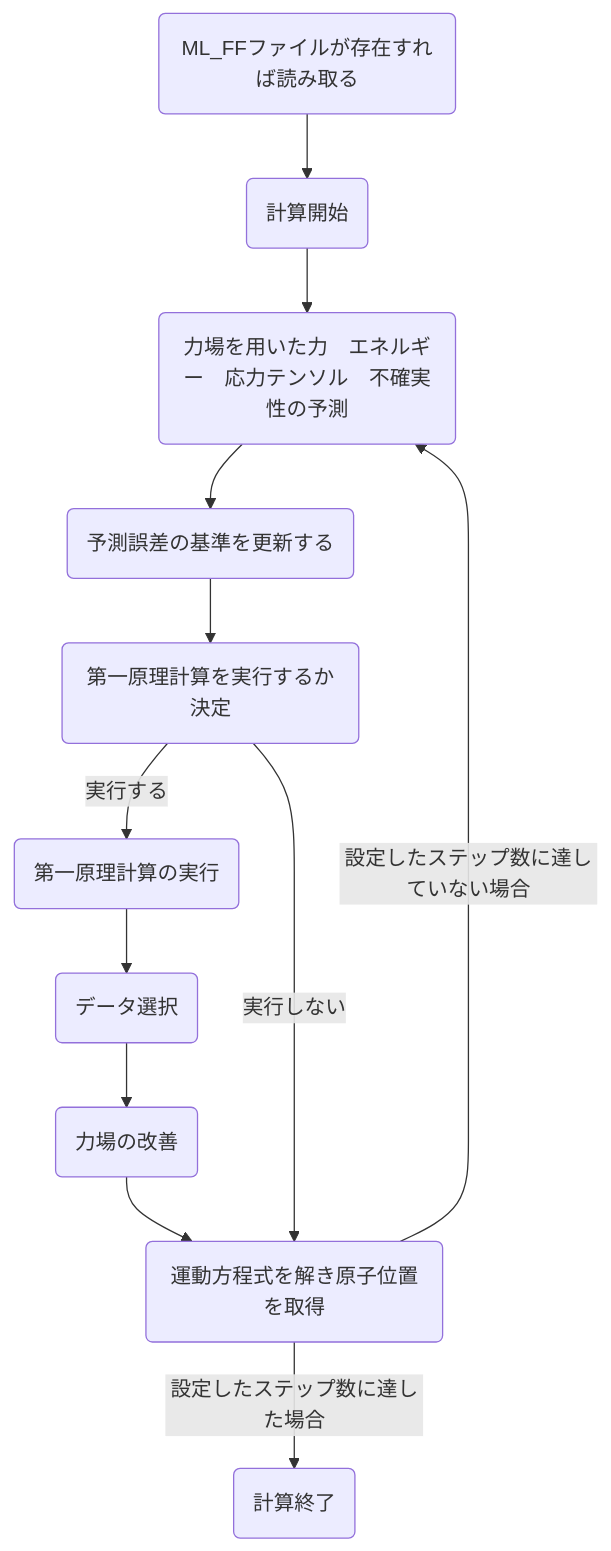
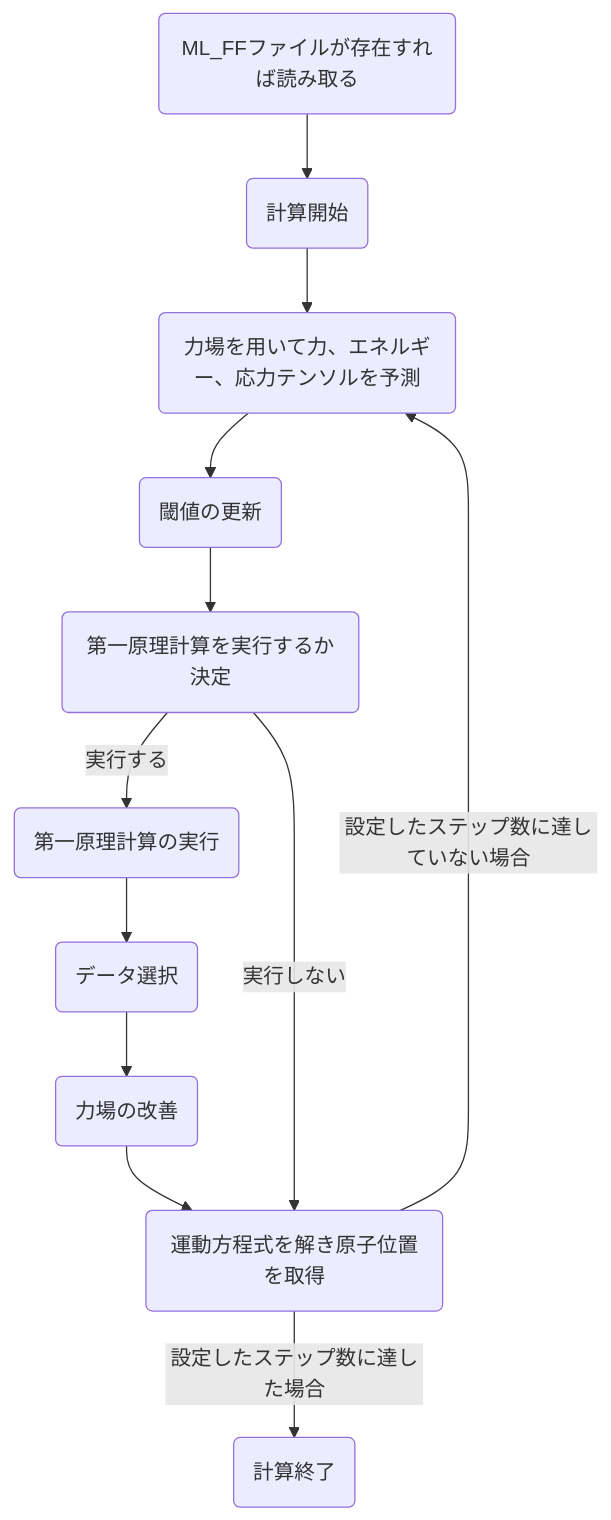
Before and after one commit to MDGroup-WatanabeLab/theory: the diagram in MLFF_theory/README.md, drawn with Mermaid. The commit also changed other lines of this file, not shown here.

````diff
--- a/MLFF_theory/README.md
+++ b/MLFF_theory/README.md
@@ -6,14 +6,14 @@
 ```mermaid
 flowchart TB
     A(ML_FFファイルが存在すれば読み取る) --> B(計算開始)
-    B --> C(力場を用いた力　エネルギー　応力テンソル　不確実性の予測)
-    C --> D(予測誤差の基準を更新する)
+    B --> C(力場を用いて力、エネルギー、応力テンソルを予測)
+    C --> D(閾値の更新)
     D --> E(第一原理計算を実行するか決定)
     E --> |実行する|F(第一原理計算の実行)
     F --> G(データ選択)
     G --> H(力場の改善)
     H --> I(運動方程式を解き原子位置を取得)
     E --> |実行しない|I
     I --> |設定したステップ数に達していない場合|C
     I --> |設定したステップ数に達した場合|J(計算終了)
 ```
````
